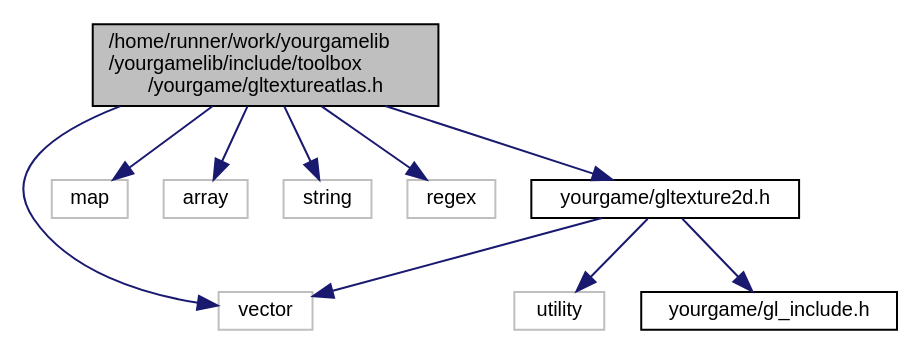
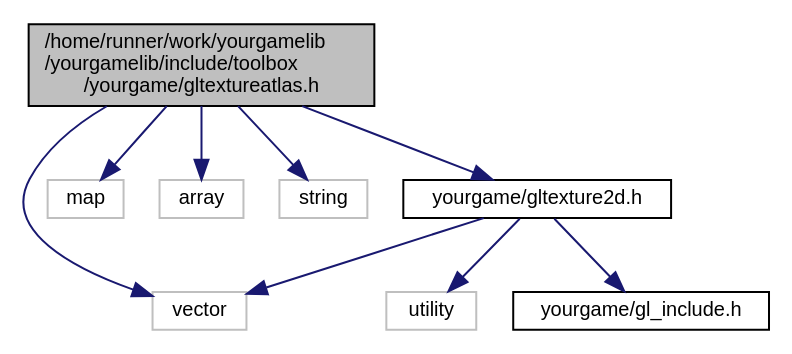
Before and after one commit to duddel/yourgamelib: the diagram in gltextureatlas_8h__incl.dot, drawn with Graphviz. The commit also changed 46 other files, not shown here.

```diff
--- a/gltextureatlas_8h__incl.dot
+++ b/gltextureatlas_8h__incl.dot
@@ -1,23 +1,21 @@
 digraph "/home/runner/work/yourgamelib/yourgamelib/include/toolbox/yourgame/gltextureatlas.h"
 {
   edge [fontname="Helvetica",fontsize="10",labelfontname="Helvetica",labelfontsize="10"];
   node [fontname="Helvetica",fontsize="10",shape=record];
   Node0 [label="/home/runner/work/yourgamelib\l/yourgamelib/include/toolbox\l/yourgame/gltextureatlas.h",height=0.2,width=0.4,color="black", fillcolor="grey75", style="filled", fontcolor="black"];
   Node0 -> Node1 [color="midnightblue",fontsize="10",style="solid",fontname="Helvetica"];
   Node1 [label="vector",height=0.2,width=0.4,color="grey75", fillcolor="white", style="filled"];
   Node0 -> Node2 [color="midnightblue",fontsize="10",style="solid",fontname="Helvetica"];
   Node2 [label="map",height=0.2,width=0.4,color="grey75", fillcolor="white", style="filled"];
   Node0 -> Node3 [color="midnightblue",fontsize="10",style="solid",fontname="Helvetica"];
   Node3 [label="array",height=0.2,width=0.4,color="grey75", fillcolor="white", style="filled"];
   Node0 -> Node4 [color="midnightblue",fontsize="10",style="solid",fontname="Helvetica"];
   Node4 [label="string",height=0.2,width=0.4,color="grey75", fillcolor="white", style="filled"];
   Node0 -> Node5 [color="midnightblue",fontsize="10",style="solid",fontname="Helvetica"];
-  Node5 [label="regex",height=0.2,width=0.4,color="grey75", fillcolor="white", style="filled"];
-  Node0 -> Node6 [color="midnightblue",fontsize="10",style="solid",fontname="Helvetica"];
-  Node6 [label="yourgame/gltexture2d.h",height=0.2,width=0.4,color="black", fillcolor="white", style="filled",URL="$gltexture2d_8h.html"];
-  Node6 -> Node1 [color="midnightblue",fontsize="10",style="solid",fontname="Helvetica"];
-  Node6 -> Node7 [color="midnightblue",fontsize="10",style="solid",fontname="Helvetica"];
-  Node7 [label="utility",height=0.2,width=0.4,color="grey75", fillcolor="white", style="filled"];
-  Node6 -> Node8 [color="midnightblue",fontsize="10",style="solid",fontname="Helvetica"];
-  Node8 [label="yourgame/gl_include.h",height=0.2,width=0.4,color="black", fillcolor="white", style="filled",URL="$gl__include_8h.html"];
+  Node5 [label="yourgame/gltexture2d.h",height=0.2,width=0.4,color="black", fillcolor="white", style="filled",URL="$gltexture2d_8h.html"];
+  Node5 -> Node1 [color="midnightblue",fontsize="10",style="solid",fontname="Helvetica"];
+  Node5 -> Node6 [color="midnightblue",fontsize="10",style="solid",fontname="Helvetica"];
+  Node6 [label="utility",height=0.2,width=0.4,color="grey75", fillcolor="white", style="filled"];
+  Node5 -> Node7 [color="midnightblue",fontsize="10",style="solid",fontname="Helvetica"];
+  Node7 [label="yourgame/gl_include.h",height=0.2,width=0.4,color="black", fillcolor="white", style="filled",URL="$gl__include_8h.html"];
 }
```
